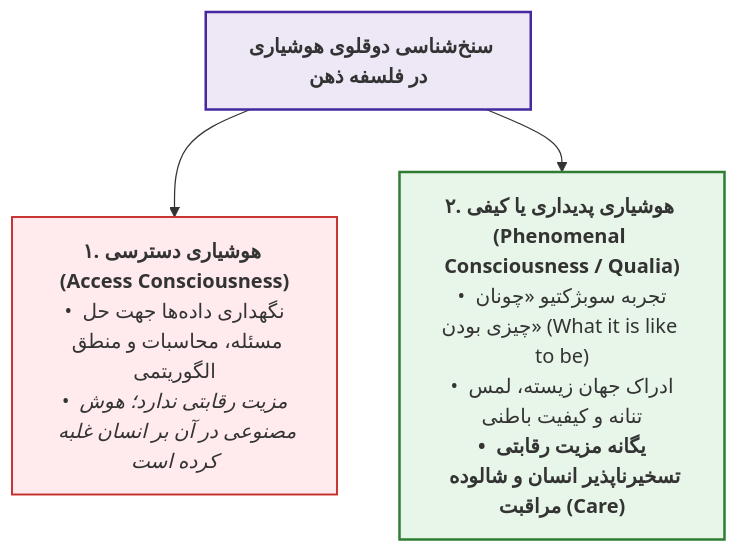
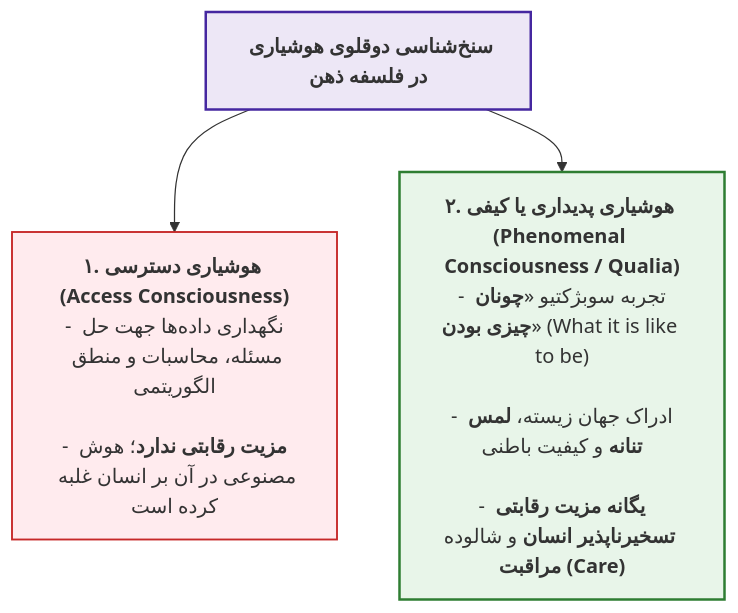
Diagram 21 of 23 in 05/ادبیات/خلاصه کل.md (neopulse-hub/TUMS-1402-1-neo), drawn with Mermaid before and after one commit. The commit also changed other lines of this file, not shown here.

````diff
--- a/05/ادبیات/خلاصه کل.md
+++ b/05/ادبیات/خلاصه کل.md
@@ -1036,10 +1045,13 @@
 ```mermaid
 flowchart TD
-    DualMind["<b>سنخ‌شناسی دوقلوی هوشیاری در فلسفه ذهن</b>"]
-    DualMind --> AC["<b>۱. هوشیاری دسترسی (Access Consciousness)</b><br>• نگهداری داده‌ها جهت حل مسئله، محاسبات و منطق الگوریتمی<br><i>• مزیت رقابتی ندارد؛ هوش مصنوعی در آن بر انسان غلبه کرده است</i>"]
-    DualMind --> PC["<b>۲. هوشیاری پدیداری یا کیفی (Phenomenal Consciousness / Qualia)</b><br>• تجربه سوبژکتیو «چونان چیزی بودن» (What it is like to be)<br>• ادراک جهان زیسته، لمس تنانه و کیفیت باطنی<br><b>• یگانه مزیت رقابتی تسخیرناپذیر انسان و شالوده مراقبت (Care)</b>"]
 
-    style DualMind fill:#ede7f6,stroke:#4527a0,stroke-width:2px;
-    style AC fill:#ffebee,stroke:#c62828,stroke-width:1.5px;
-    style PC fill:#e8f5e9,stroke:#2e7d32,stroke-width:2px;
+DualMind["<b>سنخ‌شناسی دوقلوی هوشیاری در فلسفه ذهن</b>"]
+
+DualMind --> AC["<b>۱. هوشیاری دسترسی (Access Consciousness)</b><br/>- نگهداری داده‌ها جهت حل مسئله، محاسبات و منطق الگوریتمی<br/><br/>- <b>مزیت رقابتی ندارد</b>؛ هوش مصنوعی در آن بر انسان غلبه کرده است"]
+
+DualMind --> PC["<b>۲. هوشیاری پدیداری یا کیفی (Phenomenal Consciousness / Qualia)</b><br/>- تجربه سوبژکتیو &laquo;<b>چونان چیزی بودن</b>&raquo; (What it is like to be)<br/><br/>- ادراک جهان زیسته، <b>لمس تنانه</b> و کیفیت باطنی<br/><br/>- <b>یگانه مزیت رقابتی تسخیرناپذیر انسان</b> و شالوده <b>مراقبت (Care)</b>"]
+
+style DualMind fill:#ede7f6,stroke:#4527a0,stroke-width:2px;
+style AC fill:#ffebee,stroke:#c62828,stroke-width:1.5px;
+style PC fill:#e8f5e9,stroke:#2e7d32,stroke-width:2px;
 ```
````
